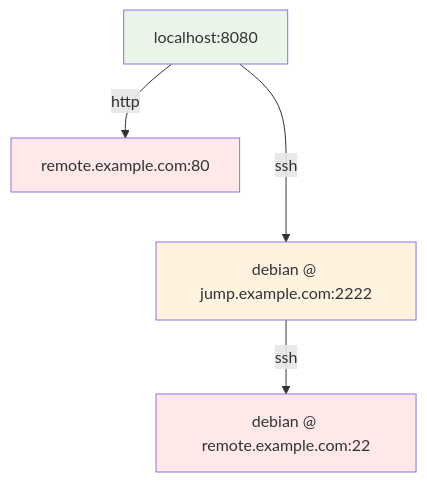
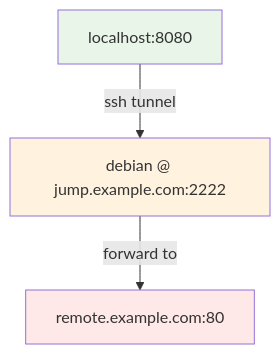
One commit to Mint-System/Wiki changed the first of 2 diagrams in autossh.md. Above: the diagram before and after it, drawn with Mermaid. The commit also changed other lines of this file, not shown here.

````diff
--- a/autossh.md
+++ b/autossh.md
@@ -27,11 +27,9 @@
 ```mermaid
 graph TD
-    A[localhost:8080] --->|ssh| B[debian @ jump.example.com:2222]
-    B -->|ssh| C[debian @ remote.example.com:22]
-    A -->|http| D[remote.example.com:80]
+    A[localhost:8080] -->|ssh tunnel| B[debian @ jump.example.com:2222]
+    B -->|forward to| C[remote.example.com:80]
     
     style A fill:#e8f5e8
     style B fill:#fff3e0
     style C fill:#ffe8e8
-    style D fill:#ffe8e8
 ```
````
